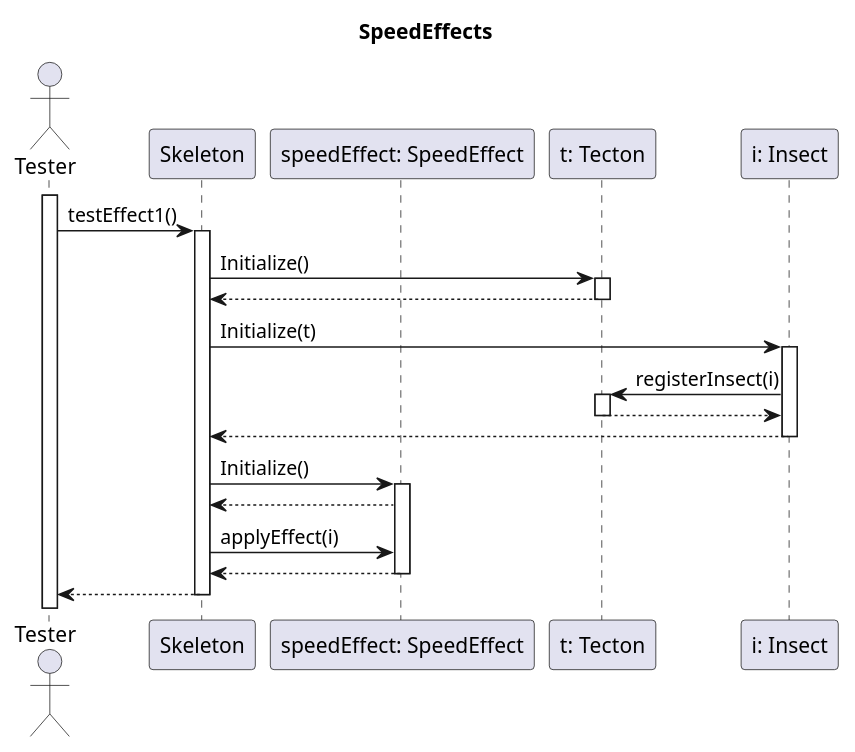
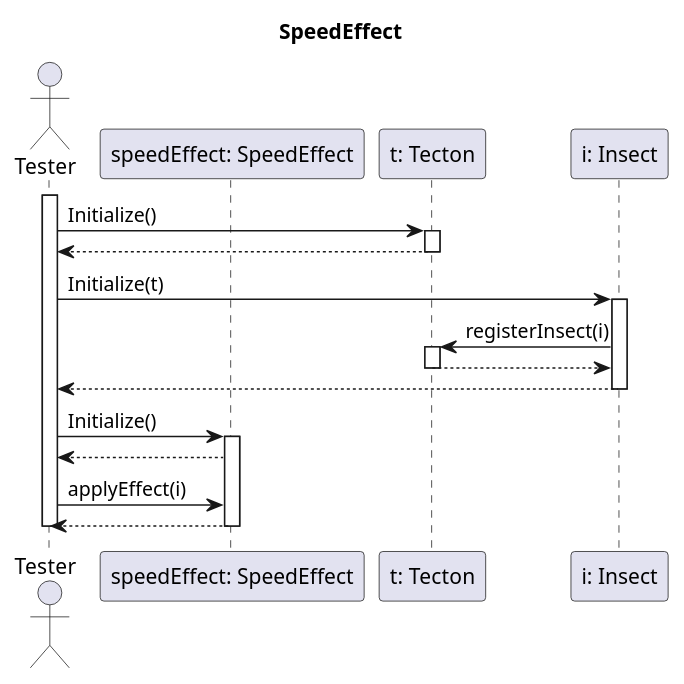
One commit to dzsem/projlab changed the diagram in diagrams/communication/effect/speedEffect.wsd. Above: the diagram before and after it, drawn with PlantUML. The commit also changed 3 other files, not shown here.

Commit message:
Remove Skeleton from communication diagrams

```diff
--- a/diagrams/communication/effect/speedEffect.wsd
+++ b/diagrams/communication/effect/speedEffect.wsd
@@ -1,54 +1,38 @@
 @startuml Effects Init
 
-title SpeedEffects 
+title SpeedEffect 
 
-actor "Tester" as test
-
-participant "Skeleton" as tester
-activate test
-test ->tester:testEffect1()
-
+actor "Tester" as tester
 participant "speedEffect: SpeedEffect" as speed
-
-
 participant "t: Tecton" as t
-
 participant "i: Insect" as i
-
 
 activate tester
 
-tester -> t: Initialize()
-activate t
-t --> tester
-deactivate t
+	tester -> t: Initialize()
+	activate t
+	t --> tester
+	deactivate t
 
-tester -> i: Initialize(t)
-activate i
-i -> t: registerInsect(i)
-activate t
-t --> i
-deactivate t
-i --> tester
-deactivate i
+	tester -> i: Initialize(t)
+	activate i
 
+		i-> t: registerInsect(i)
+		activate t
+		t --> i
+		deactivate t
 
+	tester <-- i
+	deactivate i
 
+	tester -> speed: Initialize()
+	activate speed
+	speed --> tester
 
+	tester->speed: applyEffect(i)
+	speed-->tester
+	deactivate speed
 
-
-tester -> speed: Initialize()
-activate speed
-speed --> tester
-
-tester->speed: applyEffect(i)
-speed-->tester
-deactivate speed
-
-test <-- tester
 deactivate tester
 
-
-
-
 @enduml
```
